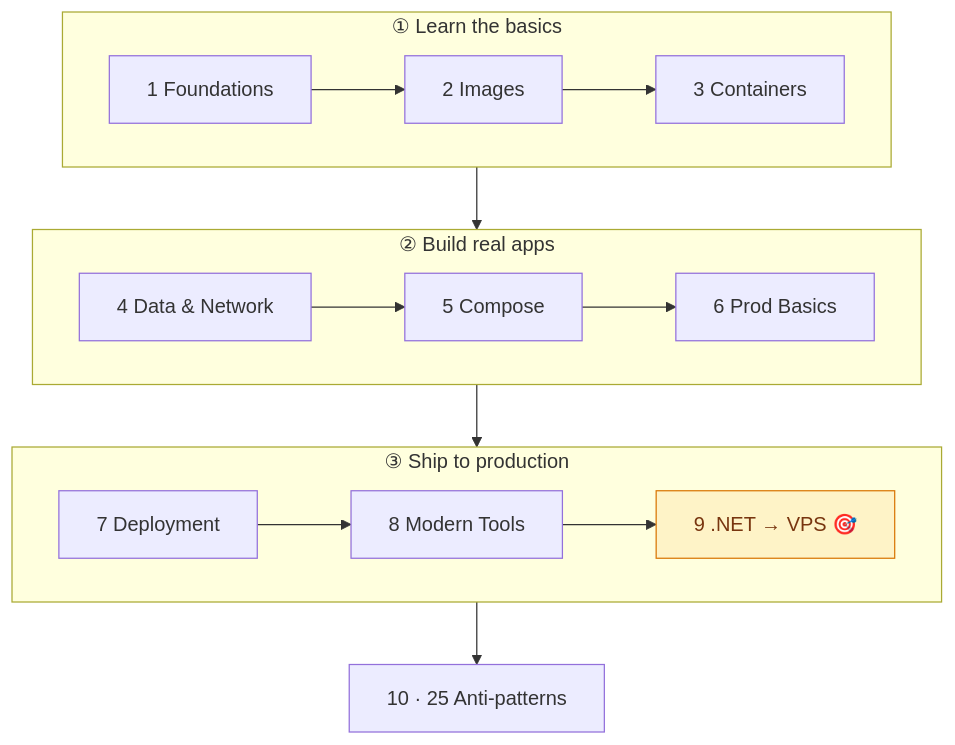
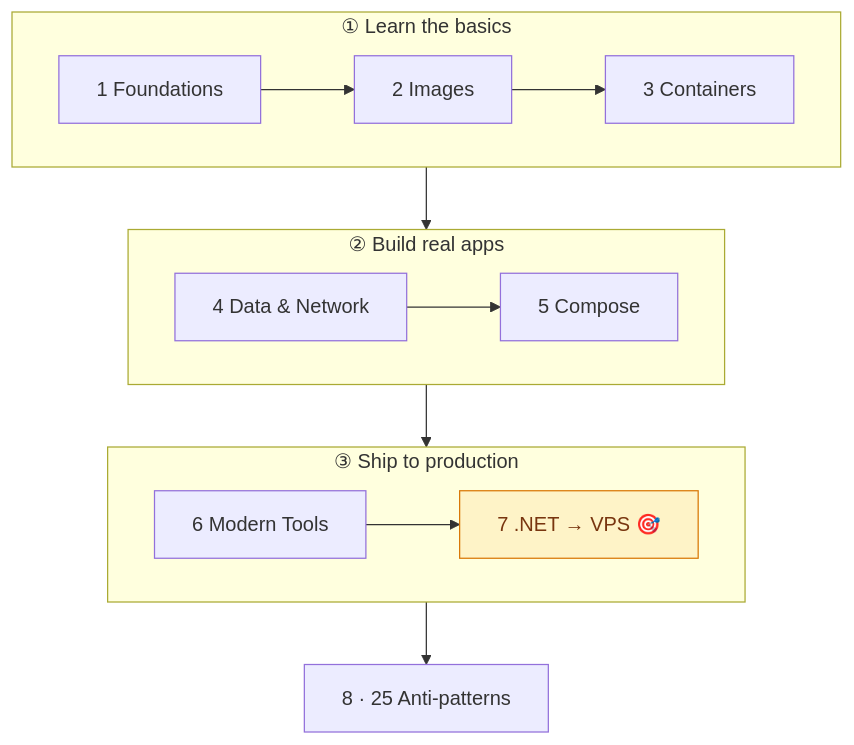
One commit to wesamkhateeb98-creator/docker-zero-to-production changed the first of 2 diagrams in README.md. Above: the diagram before and after it, drawn with Mermaid. The commit also changed other lines of this file and 95 other files, not shown here.

````diff
--- a/README.md
+++ b/README.md
@@ -12,18 +12,18 @@
 ```mermaid
 flowchart TB
     subgraph L["① Learn the basics"]
         direction LR
         P1["1 Foundations"] --> P2["2 Images"] --> P3["3 Containers"]
     end
     subgraph B["② Build real apps"]
         direction LR
-        P4["4 Data & Network"] --> P5["5 Compose"] --> P6["6 Prod Basics"]
+        P4["4 Data & Network"] --> P5["5 Compose"]
     end
     subgraph S["③ Ship to production"]
         direction LR
-        P7["7 Deployment"] --> P8["8 Modern Tools"] --> P9["9 .NET → VPS 🎯"]
+        P6["6 Modern Tools"] --> P7["7 .NET → VPS 🎯"]
     end
-    L --> B --> S --> P10["10 · 25 Anti-patterns"]
+    L --> B --> S --> P8["8 · 25 Anti-patterns"]
     classDef goal fill:#fef3c7,stroke:#d97706,color:#78350f
-    class P9 goal
+    class P7 goal
 ```
````
